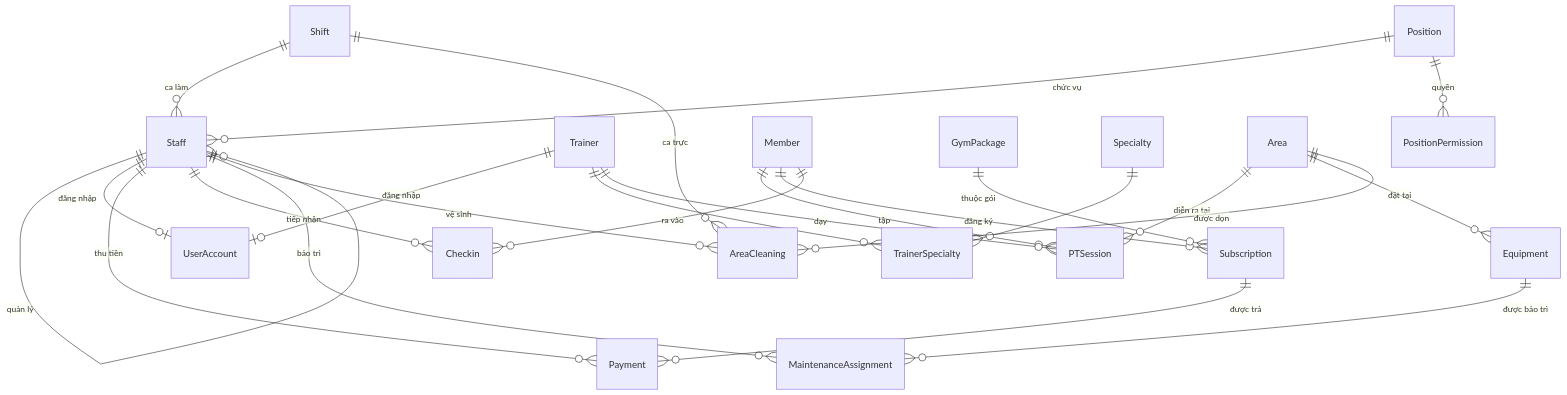
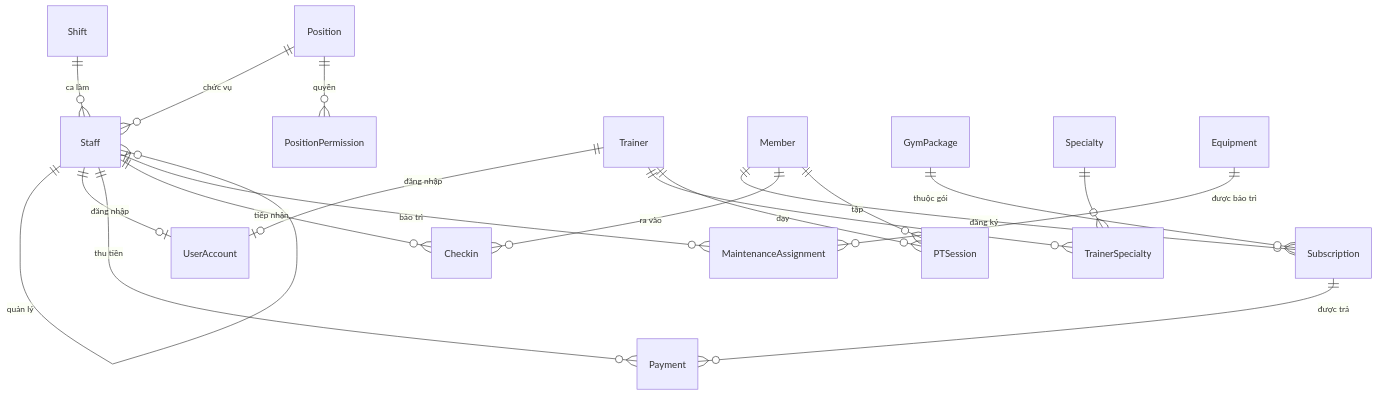
One commit to vanhong070406-design/GYM changed the diagram in docs/DATABASE_DESIGN.md. Above: the diagram before and after it, drawn with Mermaid. The commit also changed other lines of this file and 19 other files, not shown here.

````diff
--- a/docs/DATABASE_DESIGN.md
+++ b/docs/DATABASE_DESIGN.md
@@ -77,26 +74,21 @@
 ```mermaid
 erDiagram
     Shift ||--o{ Staff : "ca làm"
-    Shift ||--o{ AreaCleaning : "ca trực"
     Staff ||--o{ Staff : "quản lý"
+    Position ||--o{ Staff : "chức vụ"
+    Position ||--o{ PositionPermission : "quyền"
     Staff ||--o| UserAccount : "đăng nhập"
     Trainer ||--o| UserAccount : "đăng nhập"
-    Position ||--o{ Staff : "chức vụ"
-    Position ||--o{ PositionPermission : "quyền"
-    Member ||--o{ PTSession : "tập"
-    Staff ||--o{ Payment : "thu tiền"
-    Staff ||--o{ Checkin : "tiếp nhận"
-    Staff ||--o{ MaintenanceAssignment : "bảo trì"
-    Staff ||--o{ AreaCleaning : "vệ sinh"
     Member ||--o{ Subscription : "đăng ký"
-    Member ||--o{ Checkin : "ra vào"
     GymPackage ||--o{ Subscription : "thuộc gói"
     Subscription ||--o{ Payment : "được trả"
+    Staff ||--o{ Payment : "thu tiền"
+    Member ||--o{ Checkin : "ra vào"
+    Staff ||--o{ Checkin : "tiếp nhận"
     Trainer ||--o{ TrainerSpecialty : ""
     Specialty ||--o{ TrainerSpecialty : ""
     Trainer ||--o{ PTSession : "dạy"
-    Area ||--o{ PTSession : "diễn ra tại"
-    Area ||--o{ Equipment : "đặt tại"
-    Area ||--o{ AreaCleaning : "được dọn"
+    Member ||--o{ PTSession : "tập"
+    Staff ||--o{ MaintenanceAssignment : "bảo trì"
     Equipment ||--o{ MaintenanceAssignment : "được bảo trì"
 ```
````
